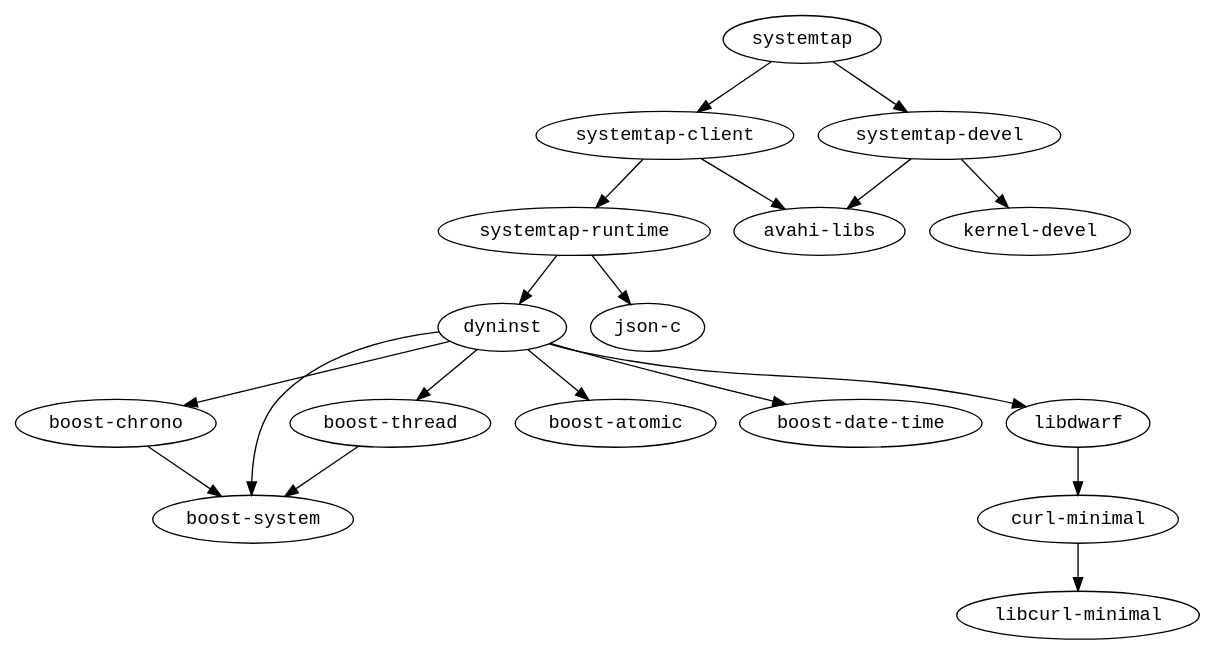
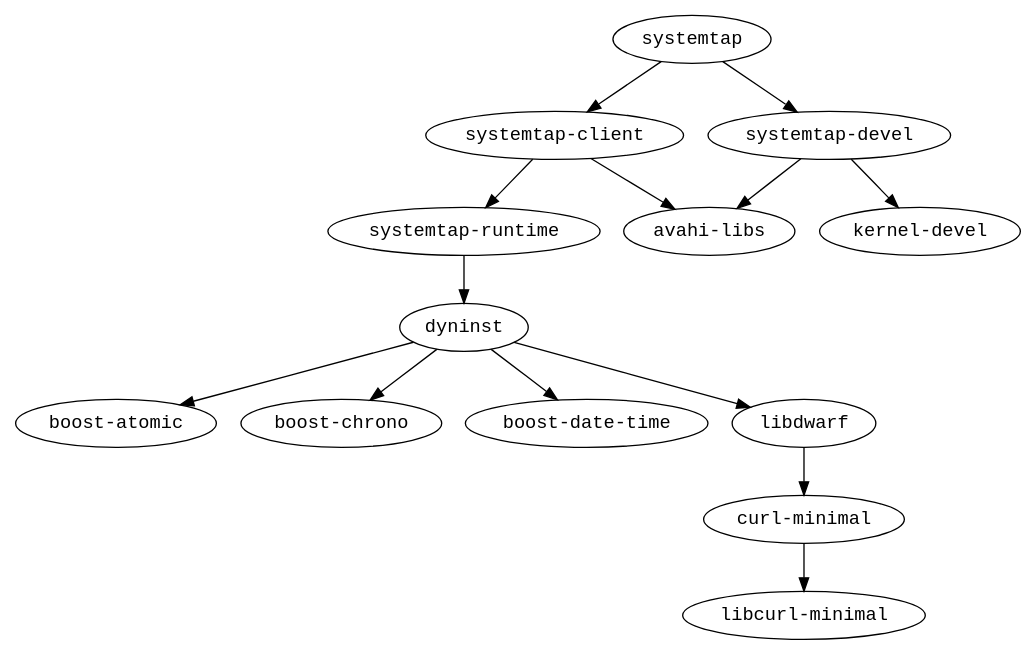
The diagram in modules/systemtap/x86_64/graph.dot (fedora-modularity/dependency-report), drawn with Graphviz before and after one commit. The commit also changed 3439 other files, not shown here.

```diff
--- a/modules/systemtap/x86_64/graph.dot
+++ b/modules/systemtap/x86_64/graph.dot
@@ -1,21 +1,16 @@
 strict digraph G {
 node [fontname=monospace];
-  "boost-chrono" -> "boost-system";
-  "boost-thread" -> "boost-system";
   "curl-minimal" -> "libcurl-minimal";
   "dyninst" -> "boost-atomic";
   "dyninst" -> "boost-chrono";
   "dyninst" -> "boost-date-time";
-  "dyninst" -> "boost-system";
-  "dyninst" -> "boost-thread";
   "dyninst" -> "libdwarf";
   "libdwarf" -> "curl-minimal";
   "systemtap-client" -> "avahi-libs";
   "systemtap-client" -> "systemtap-runtime";
   "systemtap-devel" -> "avahi-libs";
   "systemtap-devel" -> "kernel-devel";
   "systemtap-runtime" -> "dyninst";
-  "systemtap-runtime" -> "json-c";
   "systemtap" -> "systemtap-client";
   "systemtap" -> "systemtap-devel";
 }
```
